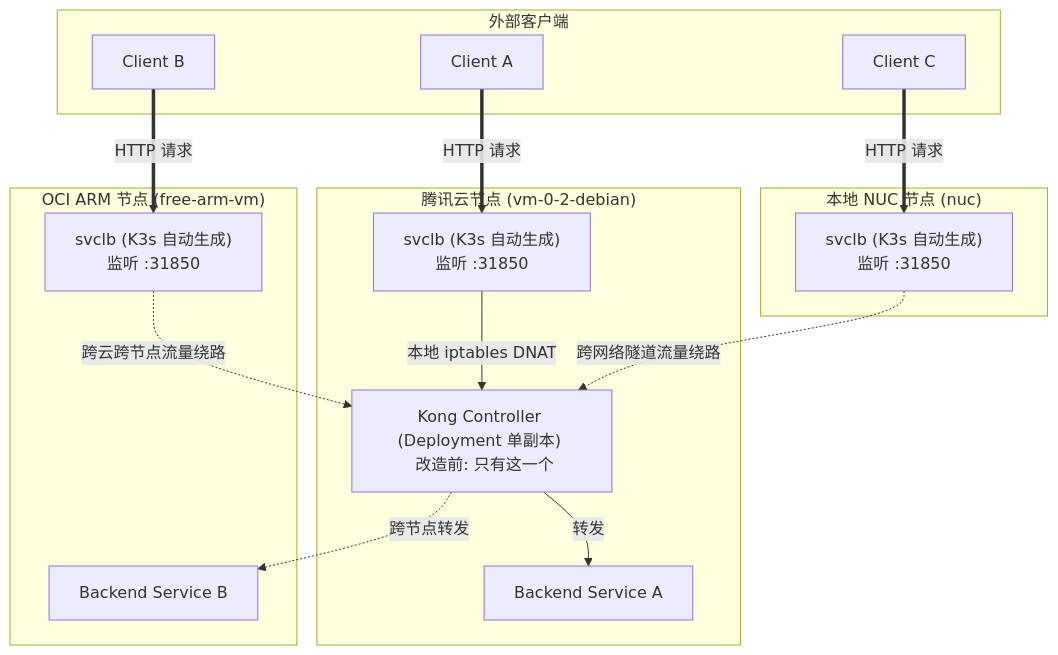
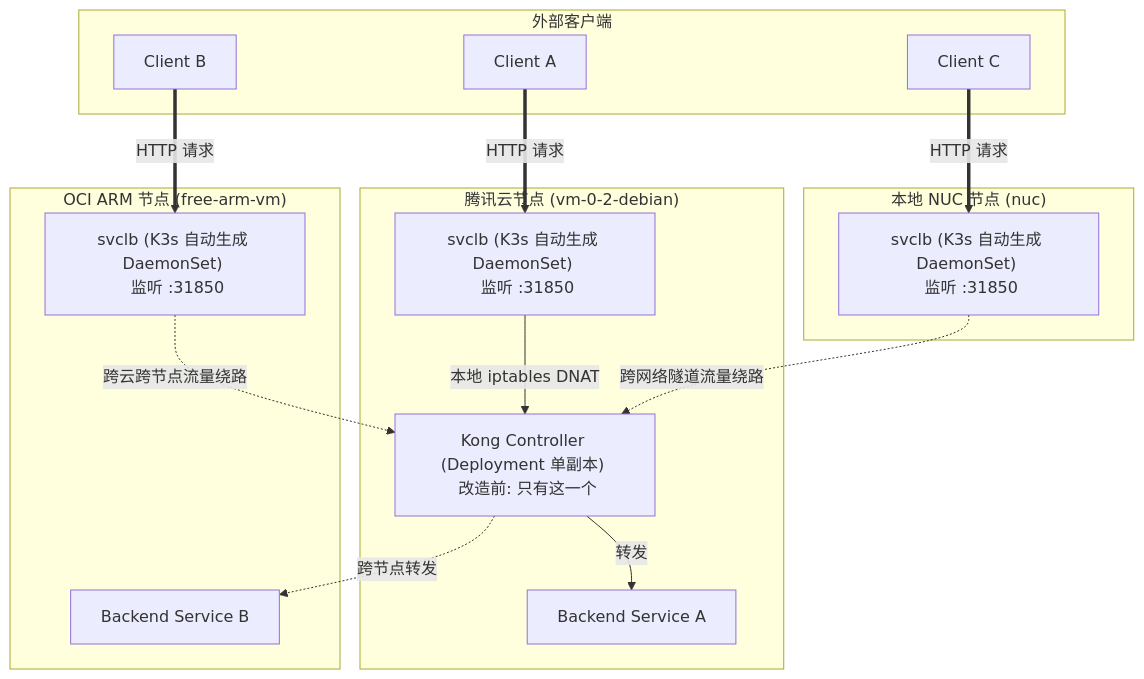
The first of 2 diagrams in kong_ha_daemonset_local_traffic_architecture.md (nvd11/my-blogs), drawn with Mermaid before and after one commit. The commit also changed other lines of this file, not shown here.

Commit message:
docs: restore DaemonSet annotation on svclb (it is DaemonSet, clarify it is K3s infra not the change target)

````diff
--- a/kong_ha_daemonset_local_traffic_architecture.md
+++ b/kong_ha_daemonset_local_traffic_architecture.md
@@ -37,34 +37,34 @@
 ```mermaid
 graph TD
     subgraph Clients ["外部客户端"]
         C1["Client A"]
         C2["Client B"]
         C3["Client C"]
     end
 
     subgraph Node1 ["腾讯云节点 (vm-0-2-debian)"]
-        LB1["svclb (K3s 自动生成) <br/> 监听 :31850"]
+        LB1["svclb (K3s 自动生成 DaemonSet) <br/> 监听 :31850"]
         KongPod1["Kong Controller (Deployment 单副本) <br/> 改造前: 只有这一个"]
         Svc1["Backend Service A"]
     end
 
     subgraph Node2 ["OCI ARM 节点 (free-arm-vm)"]
-        LB2["svclb (K3s 自动生成) <br/> 监听 :31850"]
+        LB2["svclb (K3s 自动生成 DaemonSet) <br/> 监听 :31850"]
         Svc2["Backend Service B"]
     end
 
     subgraph Node3 ["本地 NUC 节点 (nuc)"]
-        LB3["svclb (K3s 自动生成) <br/> 监听 :31850"]
+        LB3["svclb (K3s 自动生成 DaemonSet) <br/> 监听 :31850"]
     end
 
     C1 ==>|HTTP 请求| LB1
     C2 ==>|HTTP 请求| LB2
     C3 ==>|HTTP 请求| LB3
 
     LB1 -->|本地 iptables DNAT| KongPod1
     LB2 -.->|跨云跨节点流量绕路| KongPod1
     LB3 -.->|跨网络隧道流量绕路| KongPod1
 
     KongPod1 -->|转发| Svc1
     KongPod1 -.->|跨节点转发| Svc2
 ```
````
